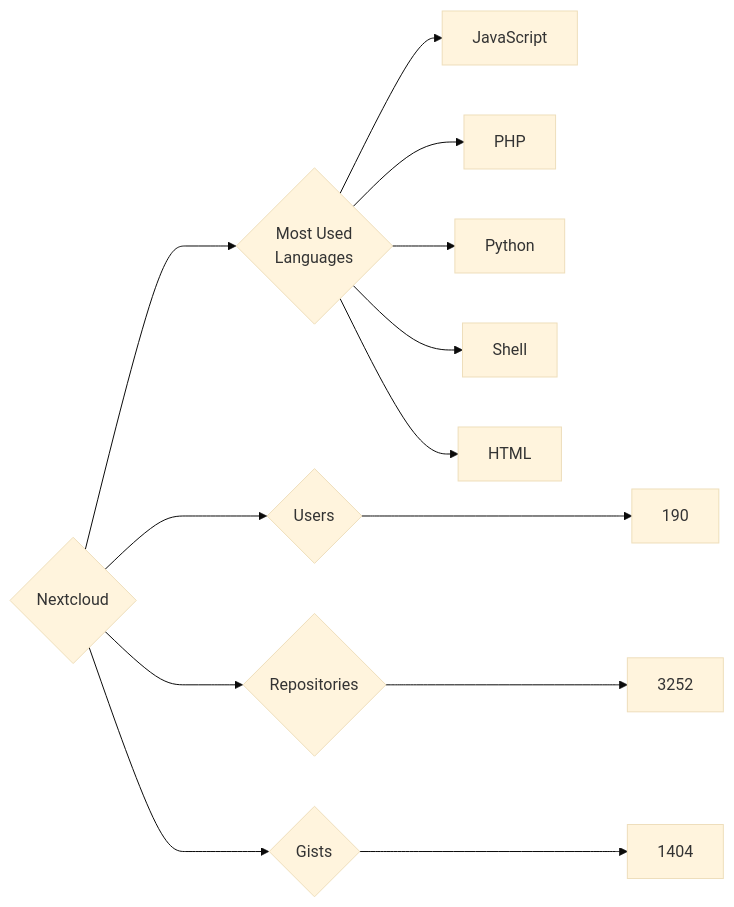
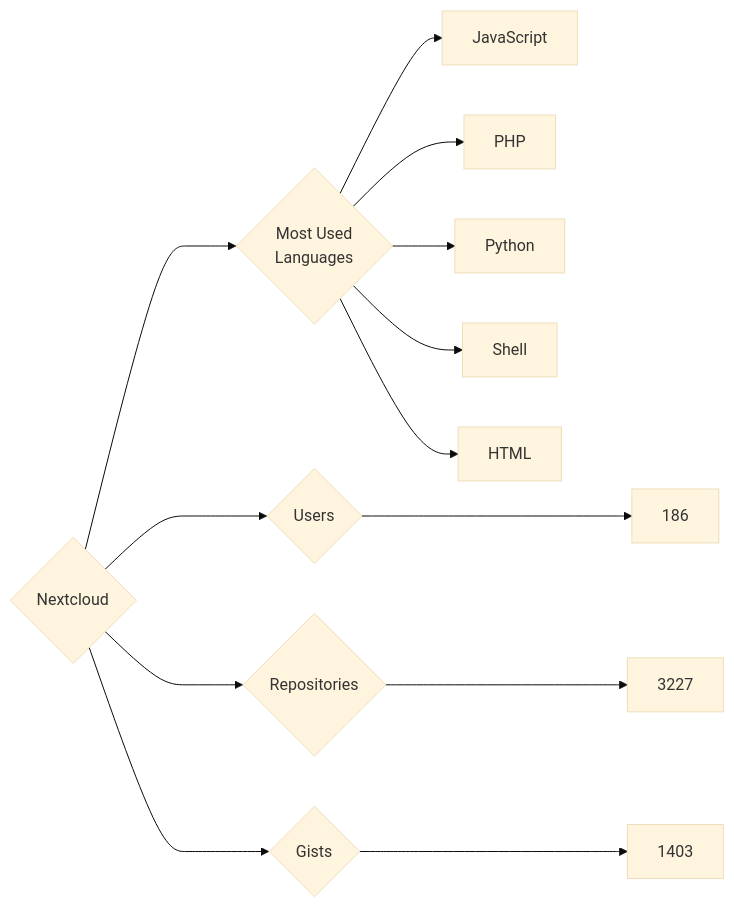
Before and after one commit to trickest/insiders: the diagram in targets/Nextcloud/README.md, drawn with Mermaid (base theme). The commit also changed 839 other files, not shown here.

````diff
--- a/targets/Nextcloud/README.md
+++ b/targets/Nextcloud/README.md
@@ -3,13 +3,13 @@
 ```mermaid
 graph LR
 COMPANY_NAME{Nextcloud}
-COMPANY_NAME ---> U{Users} ---> UN[190]
-COMPANY_NAME ---> R{Repositories} ---> RN[3252]
-COMPANY_NAME ---> G{Gists} ---> GN[1404]
+COMPANY_NAME ---> U{Users} ---> UN[186]
+COMPANY_NAME ---> R{Repositories} ---> RN[3227]
+COMPANY_NAME ---> G{Gists} ---> GN[1403]
 COMPANY_NAME ---> ML{Most Used<br>Languages}
 ML --> JavaScript[JavaScript]
 ML --> PHP[PHP]
 ML --> Python[Python]
 ML --> Shell[Shell]
 ML --> HTML[HTML]
 ```
````
